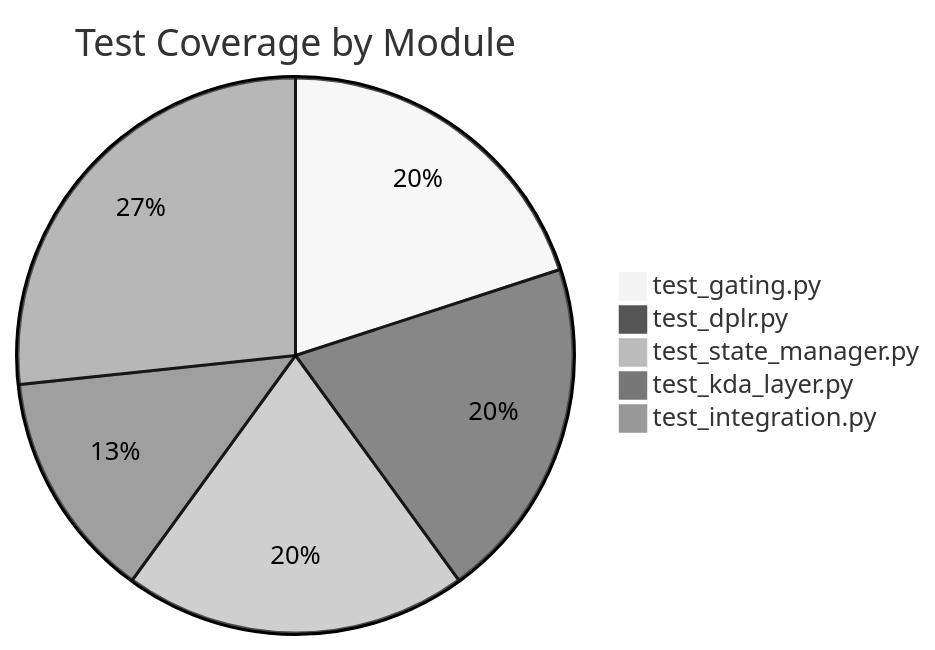
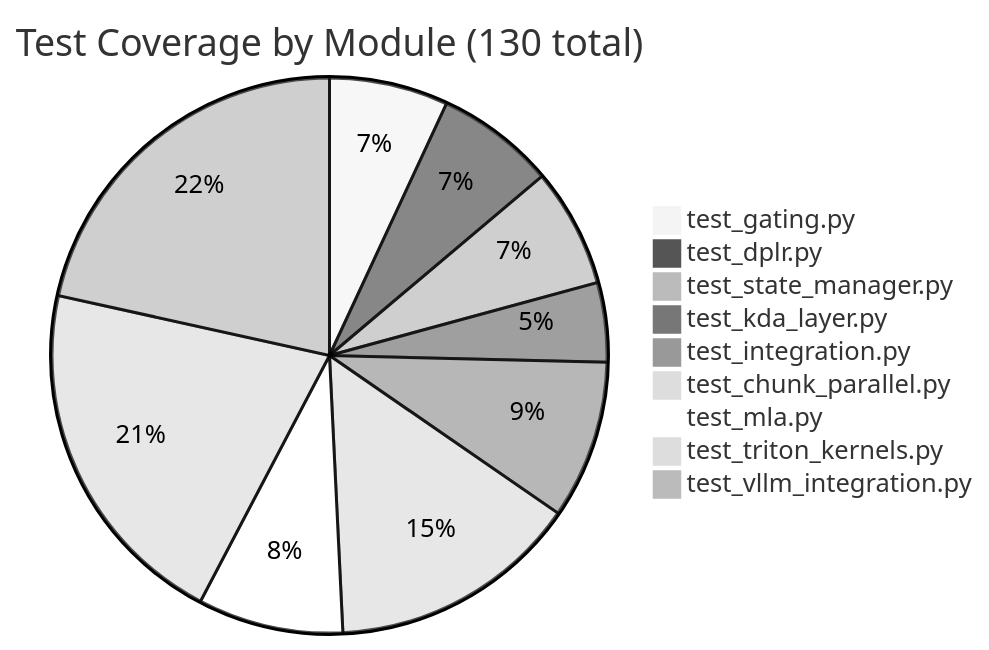
The seventh of 13 diagrams in README.md (hkevin01/kimi-linear), drawn with Mermaid (neutral theme) before and after one commit. The commit also changed other lines of this file, not shown here.

Commit message:
docs: add 7 diagrams to middle and end sections of README

````diff
--- a/README.md
+++ b/README.md
@@ -674,8 +728,12 @@
 ```mermaid
-pie title Test Coverage by Module
+pie title Test Coverage by Module (130 total)
     "test_gating.py" : 9
     "test_dplr.py" : 9
     "test_state_manager.py" : 9
     "test_kda_layer.py" : 6
     "test_integration.py" : 12
+    "test_chunk_parallel.py" : 19
+    "test_mla.py" : 11
+    "test_triton_kernels.py" : 27
+    "test_vllm_integration.py" : 28
 ```
````
